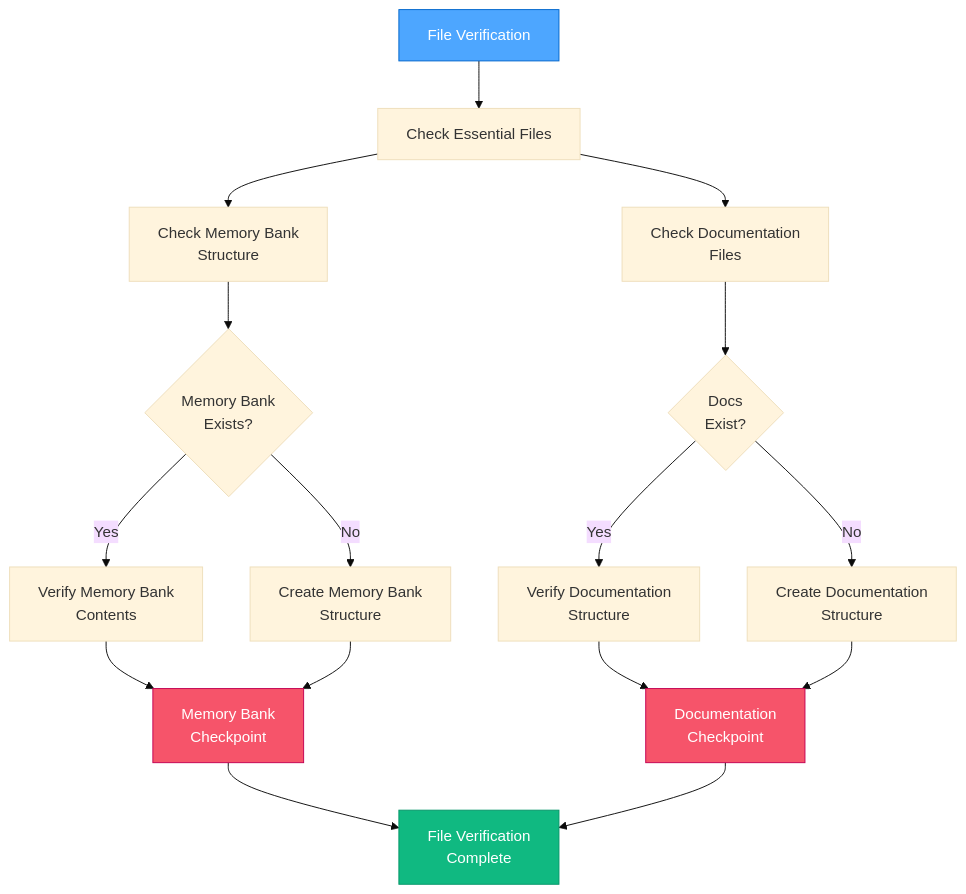
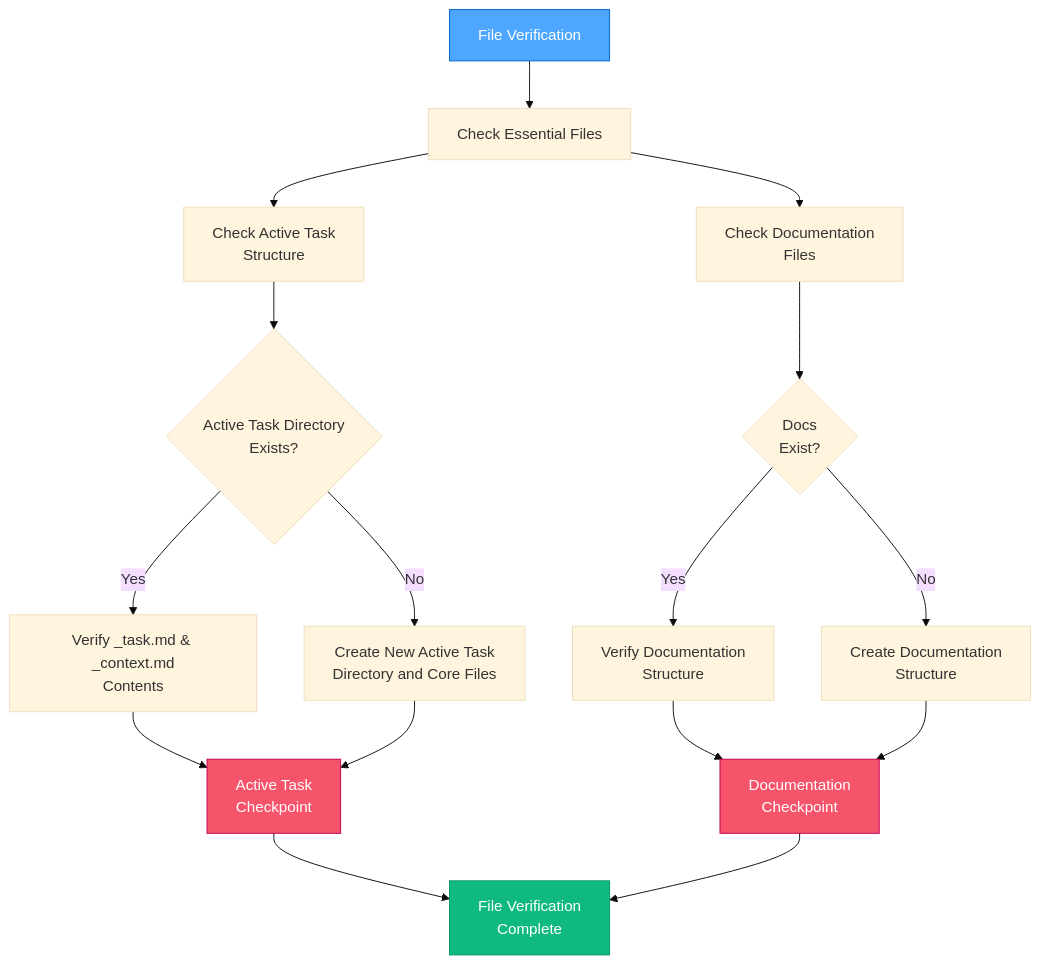
Before and after one commit to vanzan01/cursor-memory-bank: the third of 13 diagrams in .cursor/rules/isolation_rules/visual-maps/van_mode_split/van-mode-map.mdc, drawn with Mermaid (base theme). The commit also changed other lines of this file and 52 other files, not shown here.

Commit message:
Добавлены новые правила для управления активными задачами и генерации сообщений коммитов. Обновлены существующие правила для улучшения логики обработки контекста и управления задачами. Включены инструкции по созданию заметок для релиза и улучшены диаграммы процесса для режимов ARCHIVE и CREATIVE.

````diff
--- a/.cursor/rules/isolation_rules/visual-maps/van_mode_split/van-mode-map.mdc
+++ b/.cursor/rules/isolation_rules/visual-maps/van_mode_split/van-mode-map.mdc
@@ -124,25 +124,25 @@
 ```mermaid
 graph TD
     FV["File Verification"] --> CheckFiles["Check Essential Files"]
-    CheckFiles --> CheckMB["Check Memory Bank<br>Structure"]
-    CheckMB --> MBExists{"Memory Bank<br>Exists?"}
+    CheckFiles --> CheckMB["Check Active Task<br>Structure"]
+    CheckMB --> MBExists{"Active Task Directory<br>Exists?"}
 
-    MBExists -->|"Yes"| VerifyMB["Verify Memory Bank<br>Contents"]
-    MBExists -->|"No"| CreateMB["Create Memory Bank<br>Structure"]
+    MBExists -->|"Yes"| VerifyMB["Verify _task.md & _context.md<br>Contents"]
+    MBExists -->|"No"| CreateMB["Create New Active Task<br>Directory and Core Files"]
 
     CheckFiles --> CheckDocs["Check Documentation<br>Files"]
     CheckDocs --> DocsExist{"Docs<br>Exist?"}
 
     DocsExist -->|"Yes"| VerifyDocs["Verify Documentation<br>Structure"]
     DocsExist -->|"No"| CreateDocs["Create Documentation<br>Structure"]
 
-    VerifyMB & CreateMB --> MBCP["Memory Bank<br>Checkpoint"]
+    VerifyMB & CreateMB --> MBCP["Active Task<br>Checkpoint"]
     VerifyDocs & CreateDocs --> DocsCP["Documentation<br>Checkpoint"]
 
     MBCP & DocsCP --> FileComplete["File Verification<br>Complete"]
 
     style FV fill:#4da6ff,stroke:#0066cc,color:white
     style FileComplete fill:#10b981,stroke:#059669,color:white
     style MBCP fill:#f6546a,stroke:#c30052,color:white
     style DocsCP fill:#f6546a,stroke:#c30052,color:white
 ```
````
